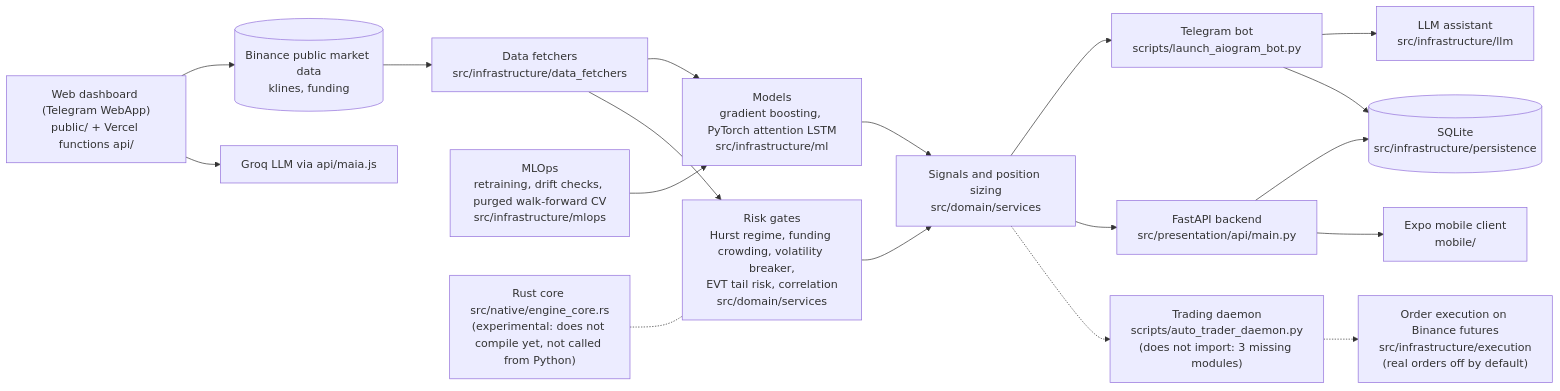
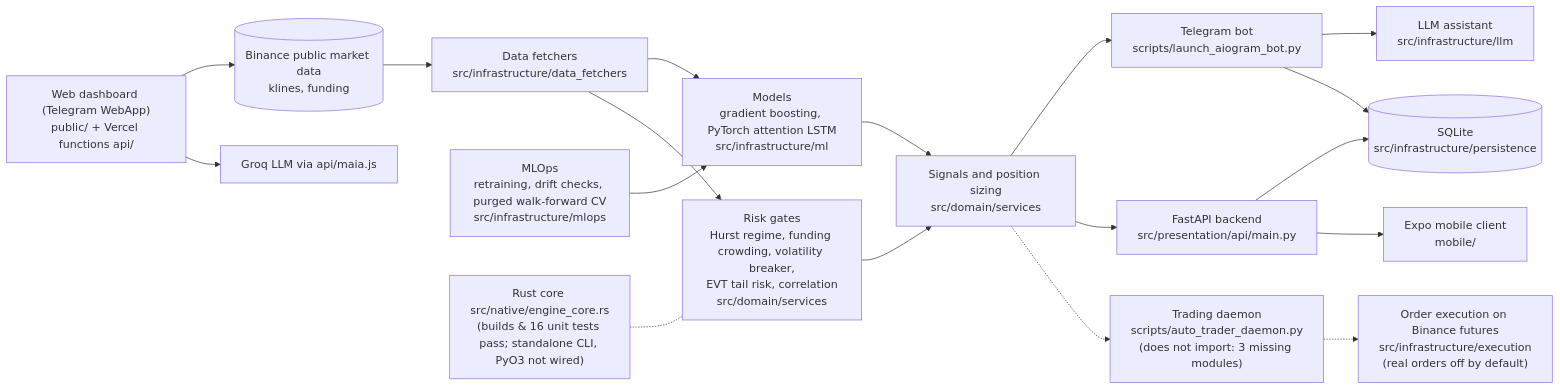
The diagram in README.md (Melon-cyber/MaBuy-public), drawn with Mermaid before and after one commit. The commit also changed other lines of this file and 6 other files, not shown here.

Commit message:
MABUY-RUST-1: make Rust core buildable with unit tests, CLI, and Python parity checks

````diff
--- a/README.md
+++ b/README.md
@@ -24,21 +24,21 @@
 ```mermaid
 flowchart LR
     BIN[("Binance public market data<br/>klines, funding")] --> FETCH["Data fetchers<br/>src/infrastructure/data_fetchers"]
     FETCH --> ML["Models<br/>gradient boosting, PyTorch attention LSTM<br/>src/infrastructure/ml"]
     FETCH --> RISK["Risk gates<br/>Hurst regime, funding crowding, volatility breaker,<br/>EVT tail risk, correlation<br/>src/domain/services"]
     MLOPS["MLOps<br/>retraining, drift checks, purged walk-forward CV<br/>src/infrastructure/mlops"] --> ML
     ML --> SIG["Signals and position sizing<br/>src/domain/services"]
     RISK --> SIG
     SIG --> BOT["Telegram bot<br/>scripts/launch_aiogram_bot.py"]
     SIG --> API["FastAPI backend<br/>src/presentation/api/main.py"]
     SIG -.-> DAEMON["Trading daemon<br/>scripts/auto_trader_daemon.py<br/>(does not import: 3 missing modules)"]
     DAEMON -.-> EXEC["Order execution on Binance futures<br/>src/infrastructure/execution<br/>(real orders off by default)"]
     BOT --> LLM["LLM assistant<br/>src/infrastructure/llm"]
     API --> DB[("SQLite<br/>src/infrastructure/persistence")]
     BOT --> DB
     API --> MOB["Expo mobile client<br/>mobile/"]
     WEB["Web dashboard (Telegram WebApp)<br/>public/ + Vercel functions api/"] --> BIN
     WEB --> GROQ["Groq LLM via api/maia.js"]
-    RUST["Rust core src/native/engine_core.rs<br/>(experimental: does not compile yet, not called from Python)"]
+    RUST["Rust core src/native/engine_core.rs<br/>(builds & 16 unit tests pass; standalone CLI, PyO3 not wired)"]
     RUST -.- RISK
 ```
````
